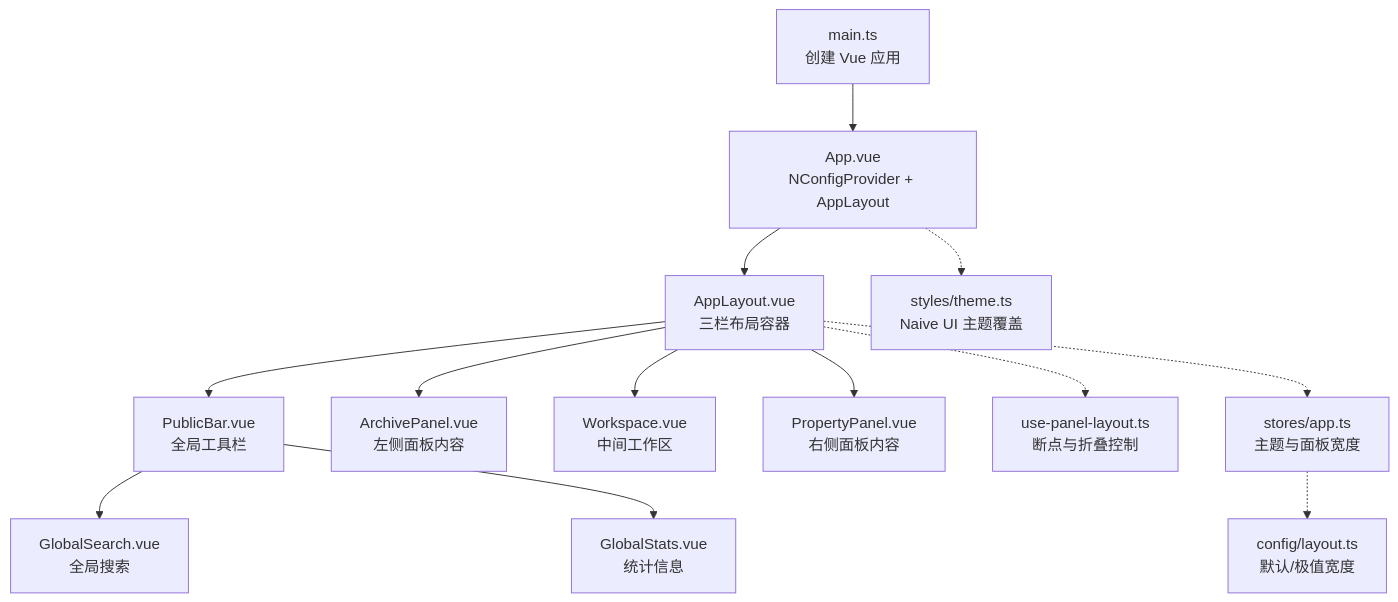
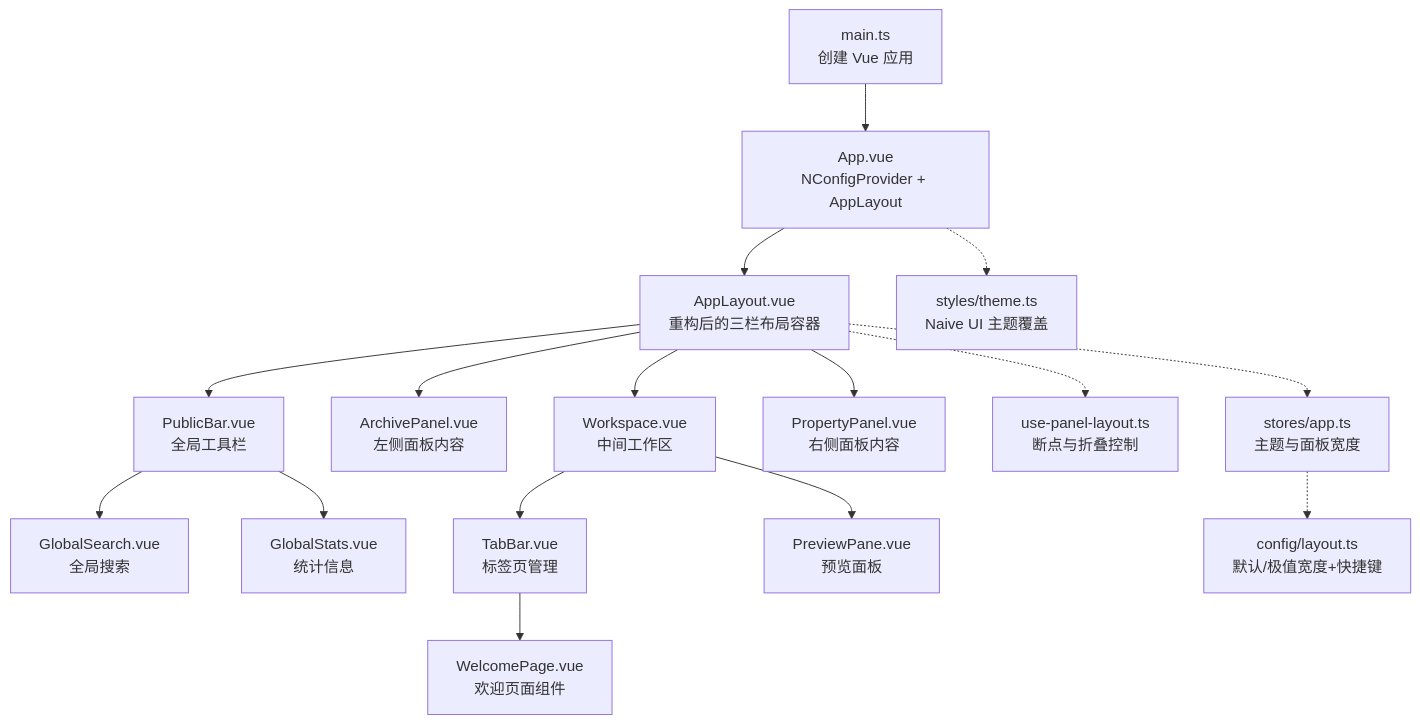
Before and after one commit to taoweidong/Hello-Tauri: the first of 7 diagrams in .qoder/repowiki/zh/content/架构设计/组件层次结构/布局组件.md, drawn with Mermaid. The commit also changed other lines of this file and 119 other files, not shown here.

````diff
--- a/.qoder/repowiki/zh/content/架构设计/组件层次结构/布局组件.md
+++ b/.qoder/repowiki/zh/content/架构设计/组件层次结构/布局组件.md
@@ -43,15 +56,18 @@
 ```mermaid
 graph TB
 A["main.ts<br/>创建 Vue 应用"] --> B["App.vue<br/>NConfigProvider + AppLayout"]
-B --> C["AppLayout.vue<br/>三栏布局容器"]
+B --> C["AppLayout.vue<br/>重构后的三栏布局容器"]
 C --> D["PublicBar.vue<br/>全局工具栏"]
 D --> E["GlobalSearch.vue<br/>全局搜索"]
 D --> F["GlobalStats.vue<br/>统计信息"]
 C --> G["ArchivePanel.vue<br/>左侧面板内容"]
 C --> H["Workspace.vue<br/>中间工作区"]
 C --> I["PropertyPanel.vue<br/>右侧面板内容"]
-C -.-> J["use-panel-layout.ts<br/>断点与折叠控制"]
-C -.-> K["stores/app.ts<br/>主题与面板宽度"]
-K -.-> L["config/layout.ts<br/>默认/极值宽度"]
-B -.-> M["styles/theme.ts<br/>Naive UI 主题覆盖"]
+H --> J["TabBar.vue<br/>标签页管理"]
+J --> K["WelcomePage.vue<br/>欢迎页面组件"]
+H --> L["PreviewPane.vue<br/>预览面板"]
+C -.-> M["use-panel-layout.ts<br/>断点与折叠控制"]
+C -.-> N["stores/app.ts<br/>主题与面板宽度"]
+N -.-> O["config/layout.ts<br/>默认/极值宽度+快捷键"]
+B -.-> P["styles/theme.ts<br/>Naive UI 主题覆盖"]
 ```
````
